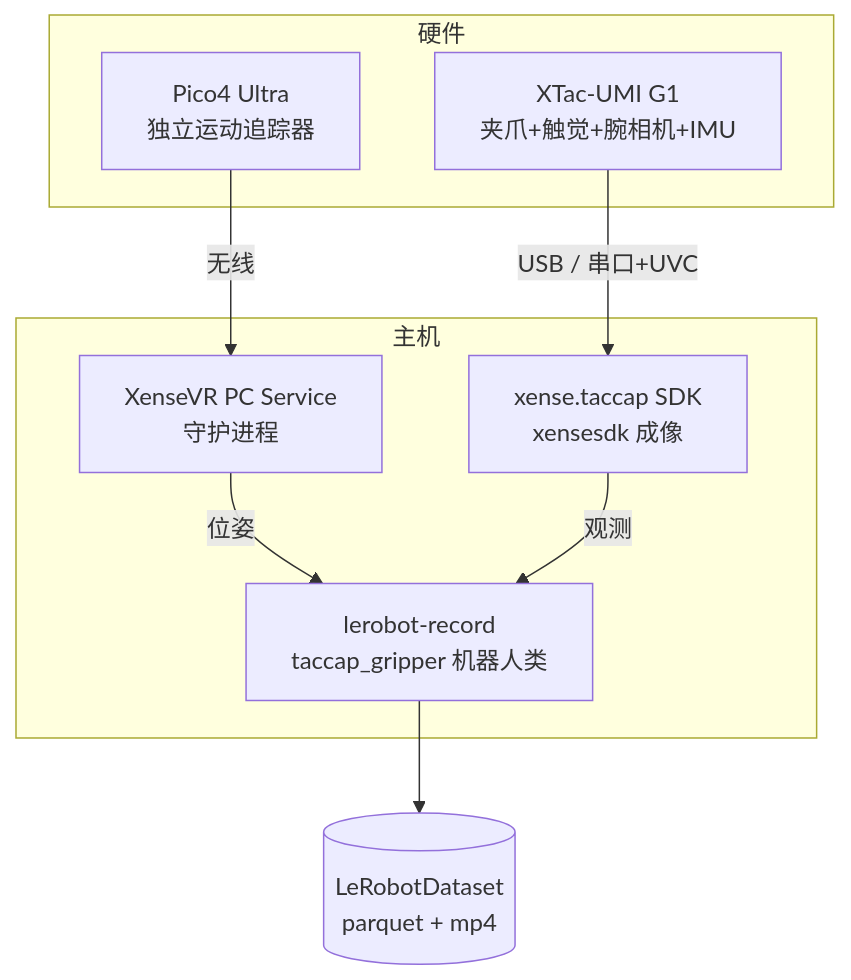
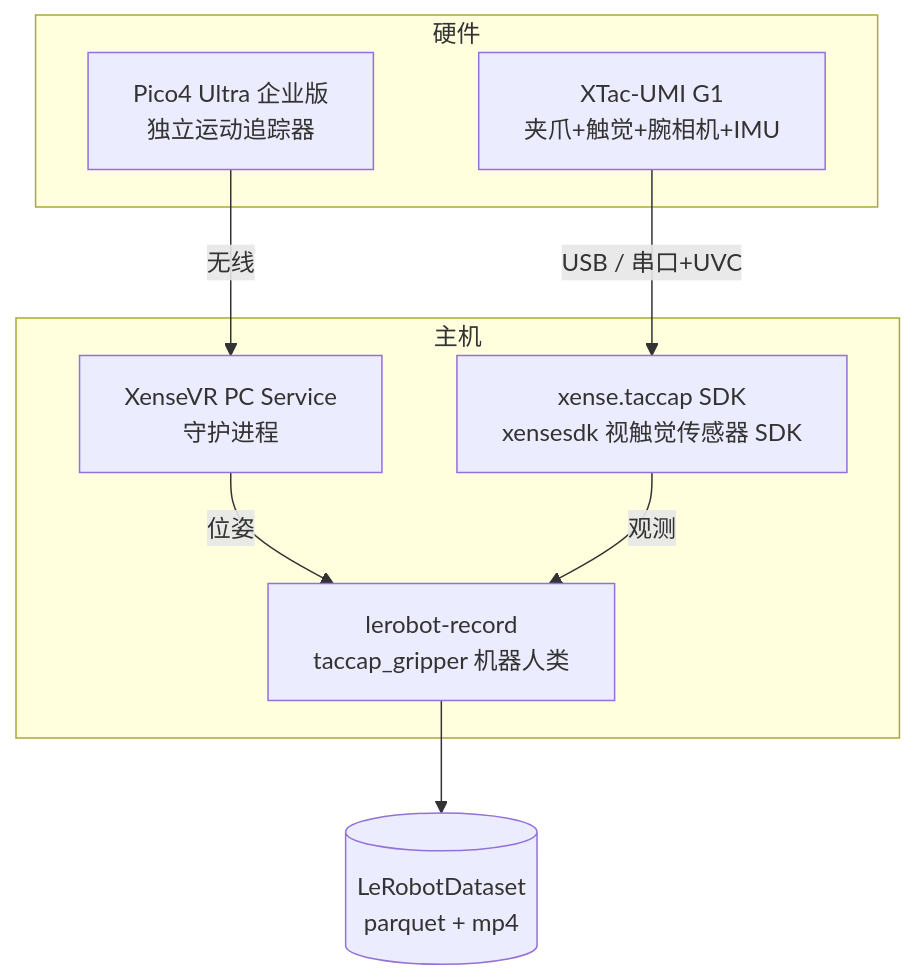
One commit to Vertax42/taccap-gripper-docs changed the first of 2 diagrams in docs/01-overview.md. Above: the diagram before and after it, drawn with Mermaid. The commit also changed other lines of this file and 4 other files, not shown here.

````diff
--- a/docs/01-overview.md
+++ b/docs/01-overview.md
@@ -31,17 +31,17 @@
 ```mermaid
 flowchart TB
     subgraph 硬件
       G[XTac-UMI G1<br/>夹爪+触觉+腕相机+IMU]
-      P[Pico4 Ultra<br/>独立运动追踪器]
+      P[Pico4 Ultra 企业版<br/>独立运动追踪器]
     end
     subgraph 主机
       PS[XenseVR PC Service<br/>守护进程]
-      SDK[xense.taccap SDK<br/>xensesdk 成像]
+      SDK[xense.taccap SDK<br/>xensesdk 视触觉传感器 SDK]
       LR[lerobot-record<br/>taccap_gripper 机器人类]
     end
     G -- USB / 串口+UVC --> SDK
     P -- 无线 --> PS
     PS -- 位姿 --> LR
     SDK -- 观测 --> LR
     LR --> DS[(LeRobotDataset<br/>parquet + mp4)]
 ```
````
